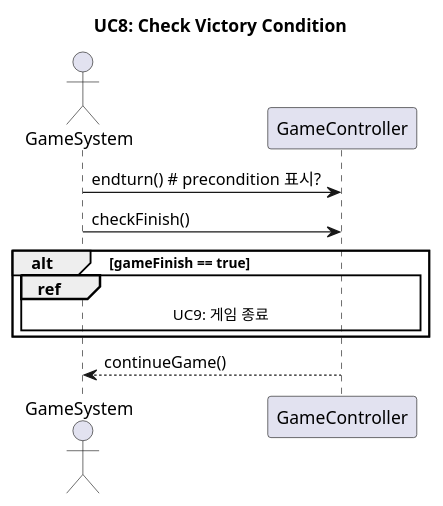
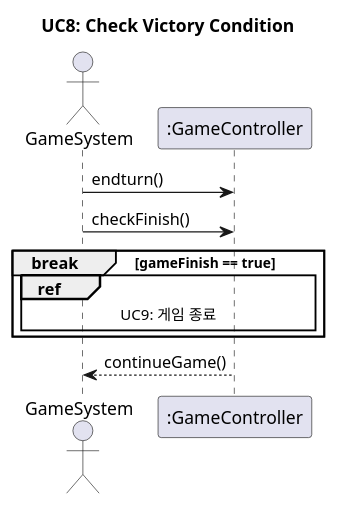
Before and after one commit to jack0928/SE-Term-Project-2025: the diagram in UC8.puml, drawn with PlantUML. The commit also changed 11 other files, not shown here.

Commit message:
docs: sequence diagram minor changed fixed and annotations have been added

```diff
--- a/UC8.puml
+++ b/UC8.puml
@@ -1,18 +1,20 @@
 @startuml
 
 title UC8: Check Victory Condition
 
 actor GameSystem
-participant GameController
+participant ":GameController" as GameController
 
 
-GameSystem -> GameController : endturn() # precondition 표시?
+GameSystem -> GameController : endturn()
+' precondition 표시할지 말지 검토 필요
 GameSystem -> GameController : checkFinish()
 
-alt gameFinish == true
+' 게임 종료는 alt가 아닌 break로 표현하였음
+break gameFinish == true
     ref over GameController, GameSystem
     	UC9: 게임 종료
     end ref
 end
 GameController --> GameSystem : continueGame()
 @enduml
```
